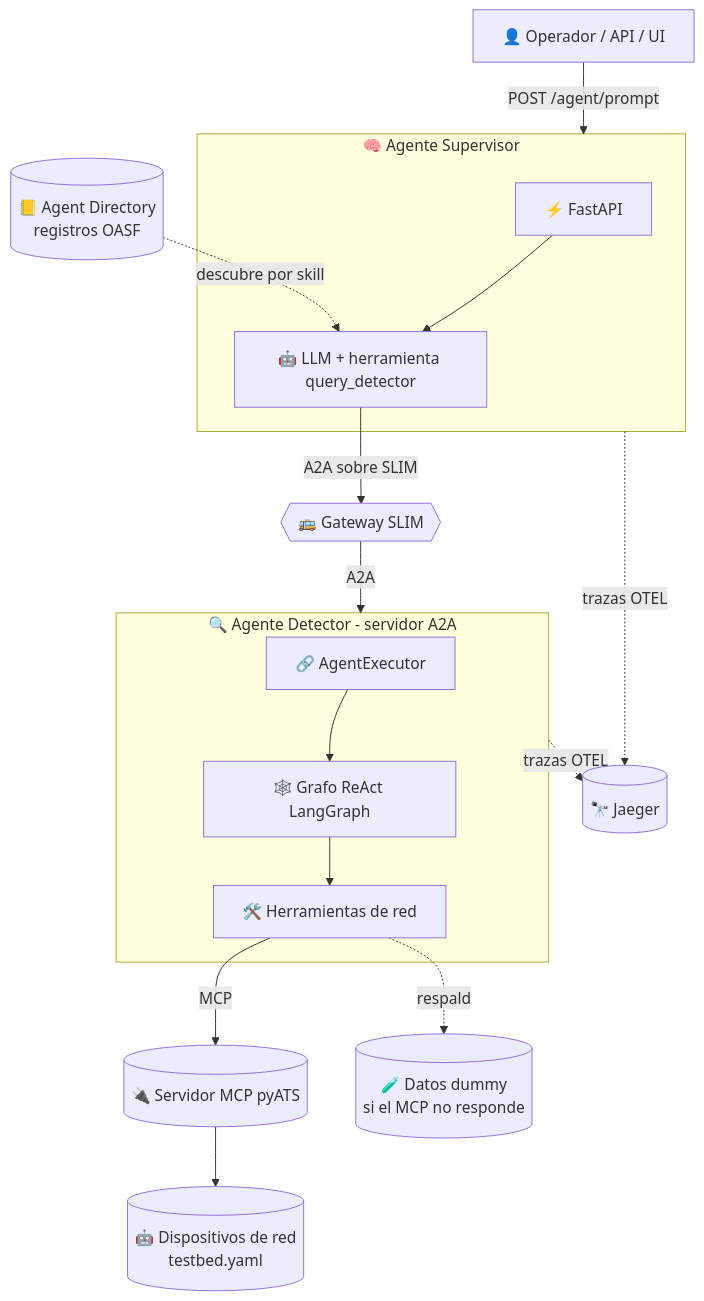
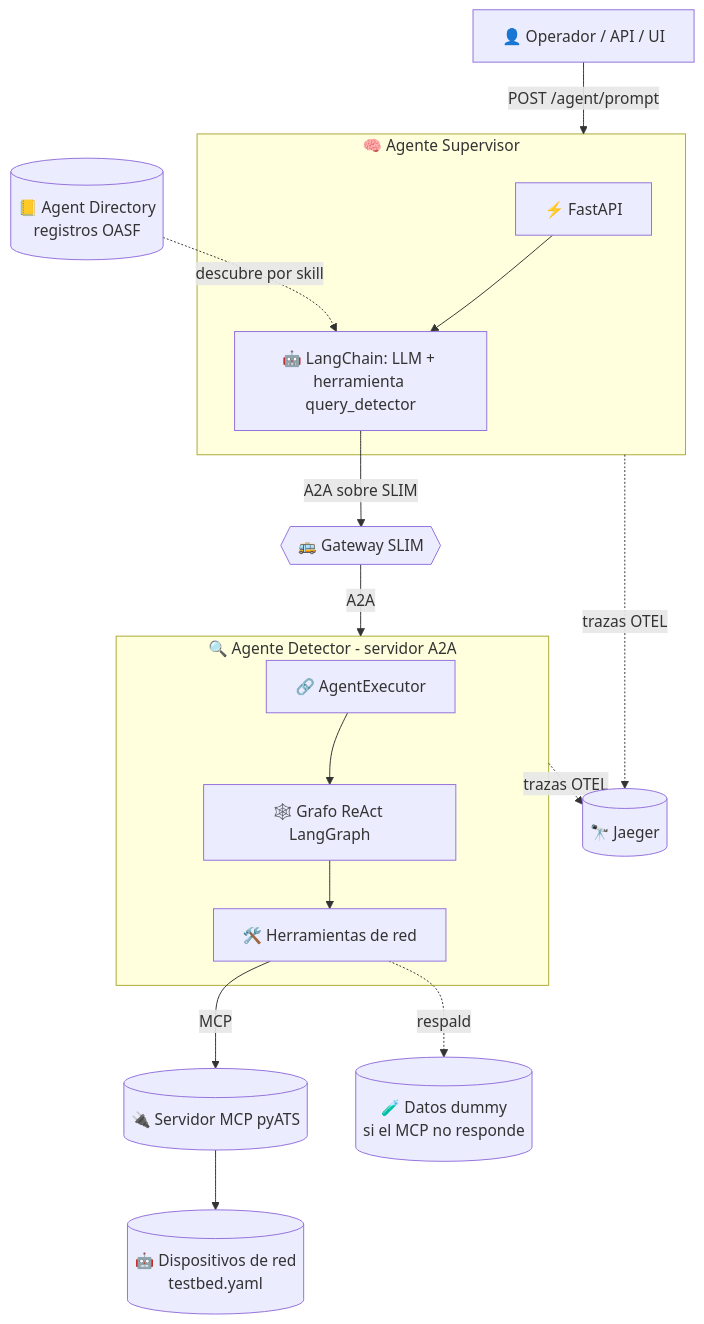
The first of 2 diagrams in README.md (ponchotitlan/packet-panic-agntcy), drawn with Mermaid before and after one commit. The commit also changed other lines of this file and 2 other files, not shown here.

````diff
--- a/README.md
+++ b/README.md
@@ -73,25 +74,25 @@
 ```mermaid
 flowchart TB
     OP[👤 Operador / API / UI] -->|POST /agent/prompt| SUP
 
     subgraph SUP[🧠 Agente Supervisor]
-        API[⚡ FastAPI] --> LLMS[🤖 LLM + herramienta query_detector]
+        API[⚡ FastAPI] --> LLMS[🤖 LangChain: LLM + herramienta query_detector]
     end
 
     DIR[(📒 Agent Directory<br/>registros OASF)] -.descubre por skill.-> LLMS
 
     LLMS -->|A2A sobre SLIM| SLIM{{🚌 Gateway SLIM}}
     SLIM -->|A2A| DET
 
     subgraph DET[🔍 Agente Detector - servidor A2A]
         EXEC[🔗 AgentExecutor] --> RG[🕸️ Grafo ReAct LangGraph]
         RG --> TOOLS[🛠️ Herramientas de red]
     end
 
     TOOLS -->|MCP| MCP[(🔌 Servidor MCP pyATS)]
     MCP --> NET[( 🤖 Dispositivos de red<br/>testbed.yaml)]
     TOOLS -.respaldo.-> DUMMY[(🧪 Datos dummy<br/>si el MCP no responde)]
 
     SUP -.trazas OTEL.-> OBS[(🔭 Jaeger)]
     DET -.trazas OTEL.-> OBS
 ```
````
